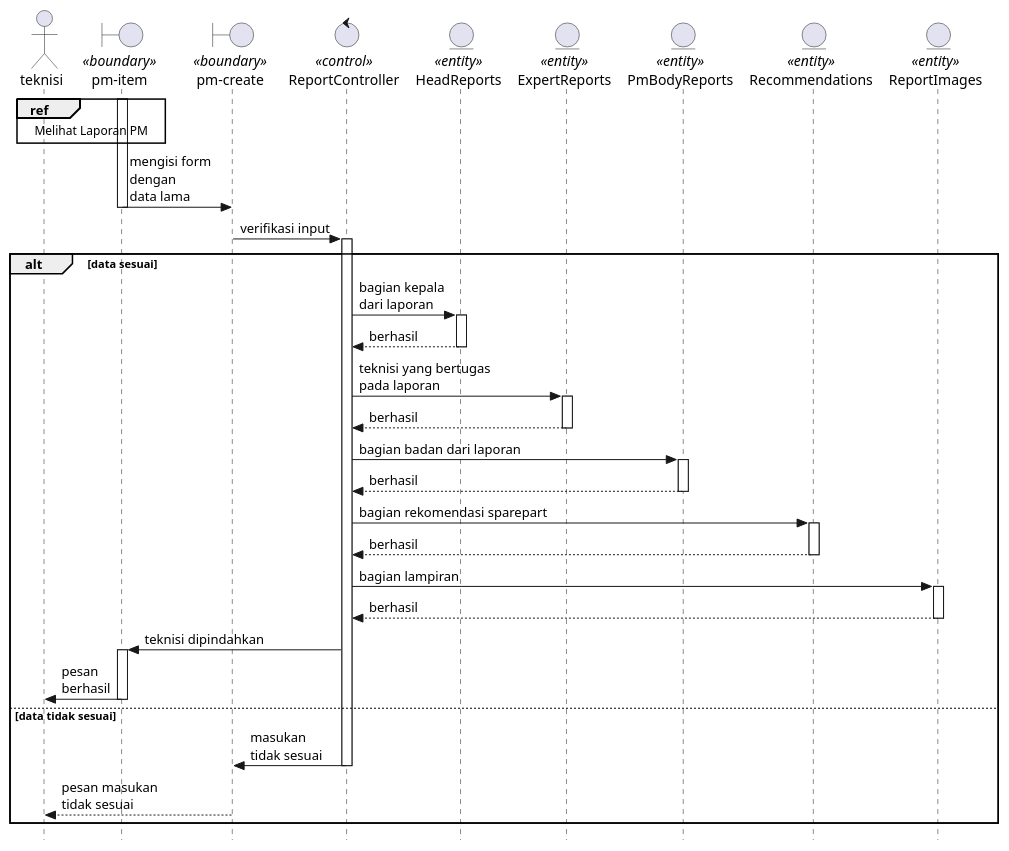
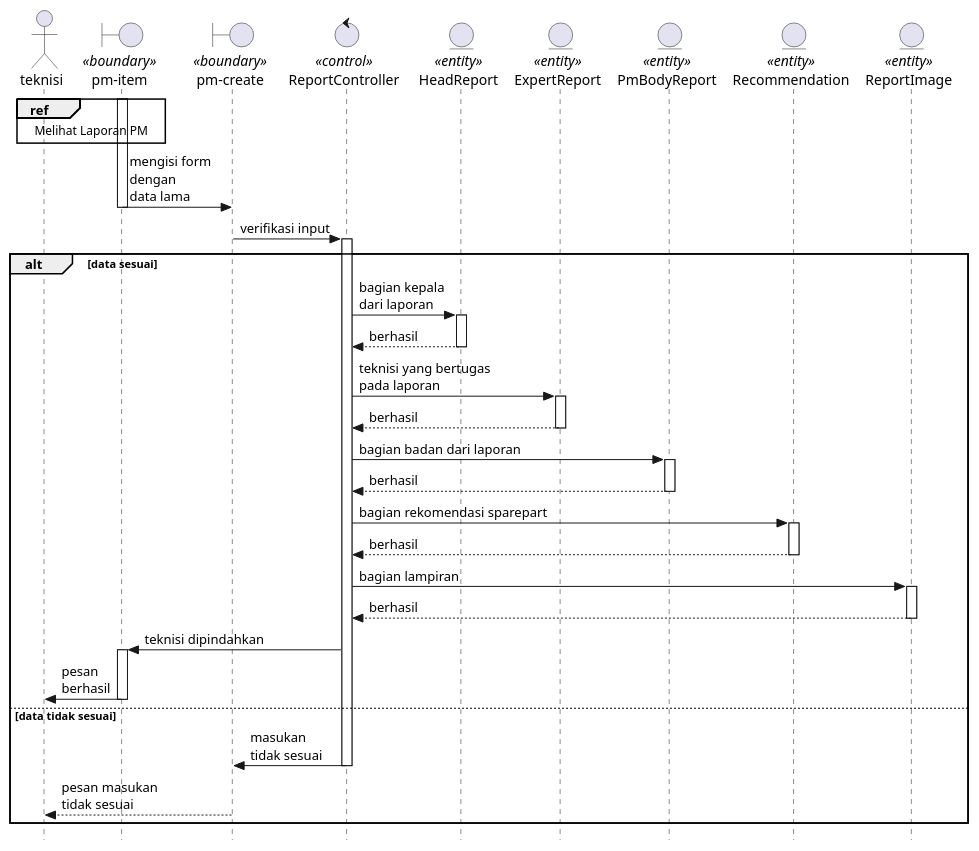
One commit to KPL-slur/eec-sifse-fixed changed the third of 4 diagrams in Docs/diagrams/sequence/PmReport.plantuml. Above: the diagram before and after it, drawn with PlantUML. The commit also changed other lines of this file and 5 other files, not shown here.

```diff
--- a/Docs/diagrams/sequence/PmReport.plantuml
+++ b/Docs/diagrams/sequence/PmReport.plantuml
@@ -79,51 +79,51 @@
 @startuml editPM
 
 skinparam style strictuml
 
 actor teknisi
 boundary "pm-item" as pmItem <<boundary>>
 boundary "pm-create" as pmCreate <<boundary>>
 control ReportController <<control>>
-entity HeadReports <<entity>>
-entity ExpertReports <<entity>>
-entity PmBodyReports <<entity>>
-entity Recommendations <<entity>>
-entity ReportImages <<entity>>
+entity HeadReport <<entity>>
+entity ExpertReport <<entity>>
+entity PmBodyReport <<entity>>
+entity Recommendation <<entity>>
+entity ReportImage <<entity>>
 
 ref over teknisi, pmItem : Melihat Laporan PM
 
 activate pmItem
 pmItem -> pmCreate : mengisi form\ndengan\ndata lama
     deactivate pmItem
 pmCreate -> ReportController : verifikasi input
     activate ReportController
 
 alt data sesuai
-    ReportController -> HeadReports : bagian kepala\ndari laporan
-        activate HeadReports
+    ReportController -> HeadReport : bagian kepala\ndari laporan
+        activate HeadReport
         return berhasil
-    ReportController -> ExpertReports : teknisi yang bertugas\npada laporan
-        activate ExpertReports
+    ReportController -> ExpertReport : teknisi yang bertugas\npada laporan
+        activate ExpertReport
         return berhasil
-    ReportController -> PmBodyReports : bagian badan dari laporan
-        activate PmBodyReports
+    ReportController -> PmBodyReport : bagian badan dari laporan
+        activate PmBodyReport
         return berhasil
-    ReportController -> Recommendations : bagian rekomendasi sparepart
-        activate Recommendations
+    ReportController -> Recommendation : bagian rekomendasi sparepart
+        activate Recommendation
         return berhasil
-    ReportController -> ReportImages : bagian lampiran
-        activate ReportImages
+    ReportController -> ReportImage : bagian lampiran
+        activate ReportImage
         return berhasil
     ReportController -> pmItem : teknisi dipindahkan
         activate pmItem
     pmItem -> teknisi : pesan\nberhasil
         deactivate pmItem
     
 else data tidak sesuai
     ReportController -> pmCreate : masukan\ntidak sesuai
         deactivate ReportController
     pmCreate --> teknisi : pesan masukan\ntidak sesuai
         deactivate pmCreate
 end
 
 @enduml
```
